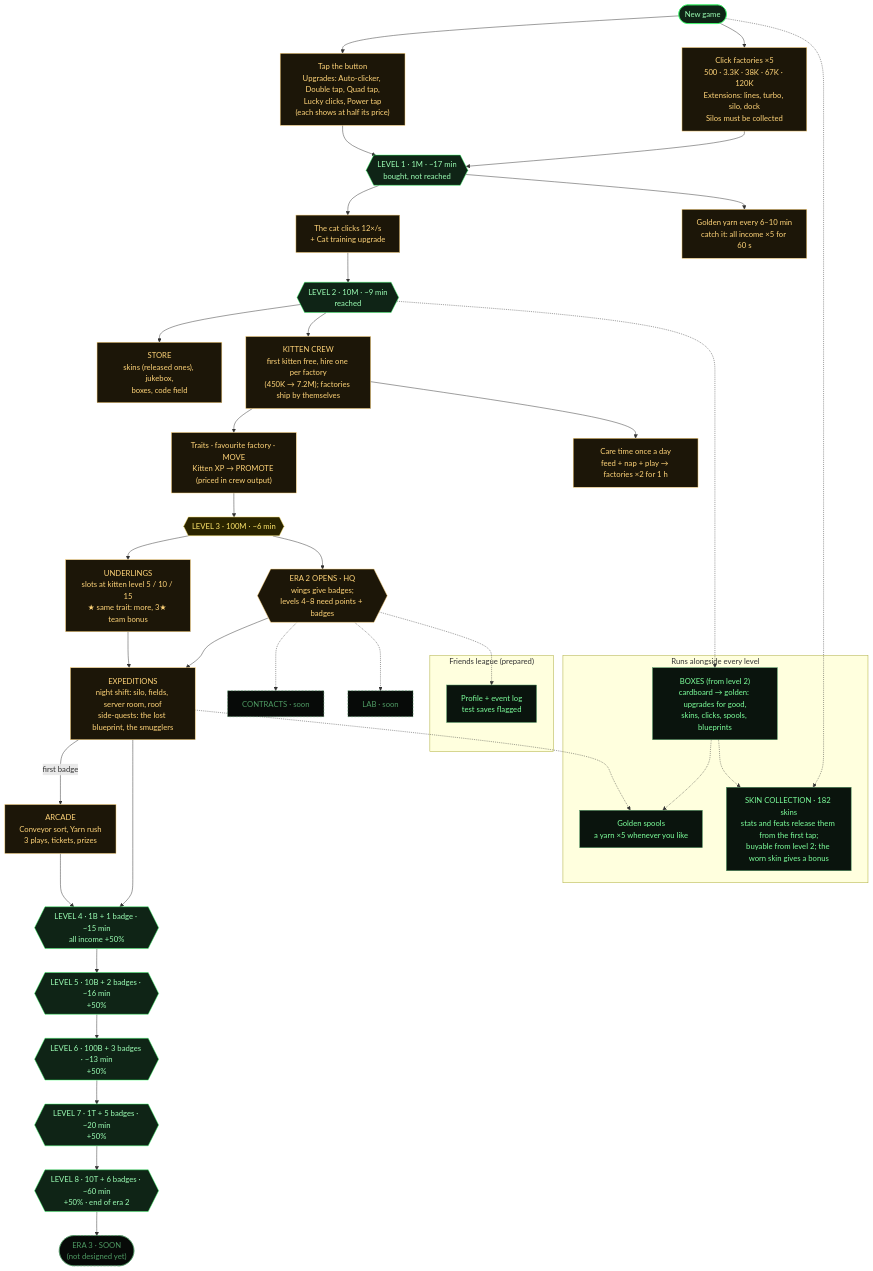
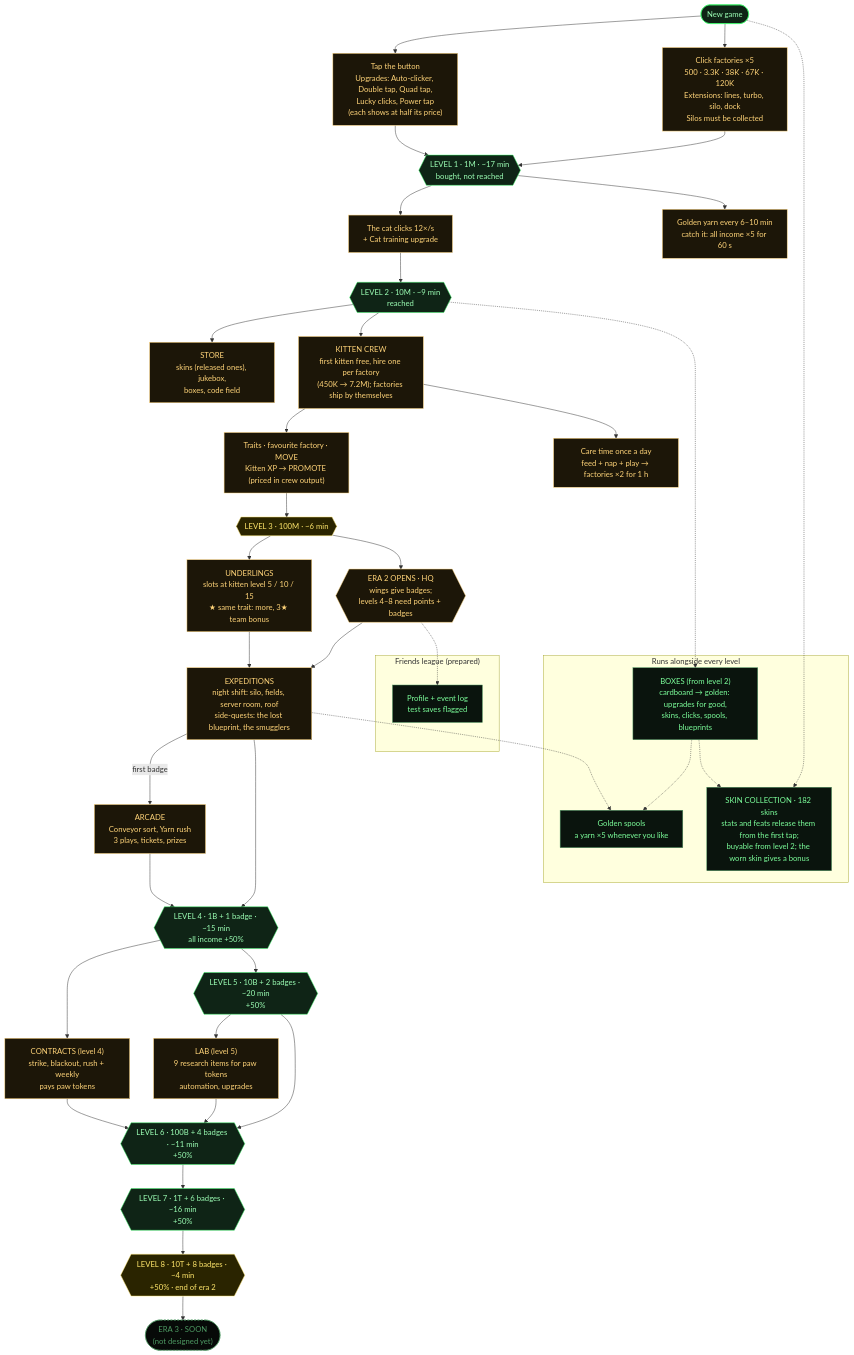
One commit to torie/clicker changed the diagram in docs/game-map.md. Above: the diagram before and after it, drawn with Mermaid. The commit also changed other lines of this file and 10 other files, not shown here.

First line of the commit message:
Add the Contracts and Lab wings to era 2

````diff
--- a/docs/game-map.md
+++ b/docs/game-map.md
@@ -13,60 +13,62 @@
 ```mermaid
 flowchart TD
   classDef level fill:#0F2416,stroke:#39FF6A,color:#9CFFB5
   classDef opens fill:#1C1608,stroke:#FFD479,color:#FFD479
   classDef always fill:#0A140D,stroke:#4E9A63,color:#7CFF9B
   classDef future fill:#070A08,stroke:#4E9A63,color:#4E9A63,stroke-dasharray:4 3
   classDef weak fill:#2A2400,stroke:#FFE66B,color:#FFE66B
 
   START([New game]):::level
   START --> TAP["Tap the button<br/>Upgrades: Auto-clicker, Double tap, Quad tap,<br/>Lucky clicks, Power tap<br/>(each shows at half its price)"]:::opens
   START --> FAC["Click factories ×5<br/>500 · 3.3K · 38K · 67K · 120K<br/>Extensions: lines, turbo, silo, dock<br/>Silos must be collected"]:::opens
 
   TAP --> L1
   FAC --> L1
   L1{{"LEVEL 1 · 1M · ~17 min<br/>bought, not reached"}}:::level
   L1 --> CAT["The cat clicks 12×/s<br/>+ Cat training upgrade"]:::opens
   L1 --> YARN["Golden yarn every 6–10 min<br/>catch it: all income ×5 for 60 s"]:::opens
 
   CAT --> L2
   L2{{"LEVEL 2 · 10M · ~9 min<br/>reached"}}:::level
   L2 --> STORE["STORE<br/>skins (released ones), jukebox,<br/>boxes, code field"]:::opens
   L2 --> CREW["KITTEN CREW<br/>first kitten free, hire one per factory<br/>(450K → 7.2M); factories ship by themselves"]:::opens
   CREW --> CREWX["Traits · favourite factory · MOVE<br/>Kitten XP → PROMOTE (priced in crew output)"]:::opens
   CREW --> CARE["Care time once a day<br/>feed + nap + play → factories ×2 for 1 h"]:::opens
 
   CREWX --> L3
   L3{{"LEVEL 3 · 100M · ~6 min"}}:::weak
   L3 --> SUBS["UNDERLINGS<br/>slots at kitten level 5 / 10 / 15<br/>★ same trait: more, 3★ team bonus"]:::opens
   L3 --> HQ{{"ERA 2 OPENS · HQ<br/>wings give badges;<br/>levels 4–8 need points + badges"}}:::opens
   HQ --> NIGHT["EXPEDITIONS<br/>night shift: silo, fields, server room, roof<br/>side-quests: the lost blueprint, the smugglers"]:::opens
   SUBS --> NIGHT
   NIGHT -- "first badge" --> ARC["ARCADE<br/>Conveyor sort, Yarn rush<br/>3 plays, tickets, prizes"]:::opens
-  HQ -.-> CON["CONTRACTS · soon"]:::future
-  HQ -.-> LABW["LAB · soon"]:::future
+  L4 --> CON["CONTRACTS (level 4)<br/>strike, blackout, rush + weekly<br/>pays paw tokens"]:::opens
+  L5 --> LABW["LAB (level 5)<br/>9 research items for paw tokens<br/>automation, upgrades"]:::opens
+  CON --> L6
+  LABW --> L6
 
   NIGHT --> L4
   ARC --> L4
   L4{{"LEVEL 4 · 1B + 1 badge · ~15 min<br/>all income +50%"}}:::level
-  L4 --> L5{{"LEVEL 5 · 10B + 2 badges · ~16 min<br/>+50%"}}:::level
-  L5 --> L6{{"LEVEL 6 · 100B + 3 badges · ~13 min<br/>+50%"}}:::level
-  L6 --> L7{{"LEVEL 7 · 1T + 5 badges · ~20 min<br/>+50%"}}:::level
-  L7 --> L8{{"LEVEL 8 · 10T + 6 badges · ~60 min<br/>+50% · end of era 2"}}:::level
+  L4 --> L5{{"LEVEL 5 · 10B + 2 badges · ~20 min<br/>+50%"}}:::level
+  L5 --> L6{{"LEVEL 6 · 100B + 4 badges · ~11 min<br/>+50%"}}:::level
+  L6 --> L7{{"LEVEL 7 · 1T + 6 badges · ~16 min<br/>+50%"}}:::level
+  L7 --> L8{{"LEVEL 8 · 10T + 8 badges · ~4 min<br/>+50% · end of era 2"}}:::weak
   L8 --> ERA3(["ERA 3 · SOON<br/>(not designed yet)"]):::future
 
   subgraph ALONG ["Runs alongside every level"]
     SKINS["SKIN COLLECTION · 182 skins<br/>stats and feats release them from the first tap;<br/>buyable from level 2; the worn skin gives a bonus"]:::always
     BOXES["BOXES (from level 2)<br/>cardboard → golden: upgrades for good,<br/>skins, clicks, spools, blueprints"]:::always
     SPOOL["Golden spools<br/>a yarn ×5 whenever you like"]:::always
   end
   L2 -.-> BOXES
   START -.-> SKINS
   NIGHT -.-> SPOOL
   BOXES -.-> SPOOL
   BOXES -.-> SKINS
 
   subgraph MP ["Friends league (prepared)"]
     EV["Profile + event log<br/>test saves flagged"]:::always
   end
   HQ -.-> EV
 ```
````
